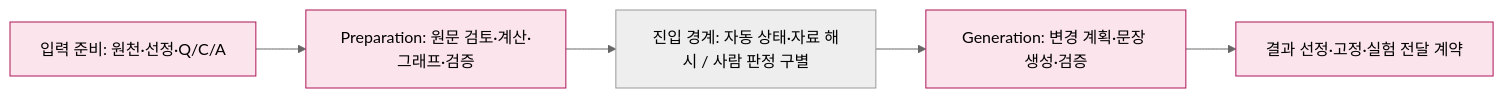
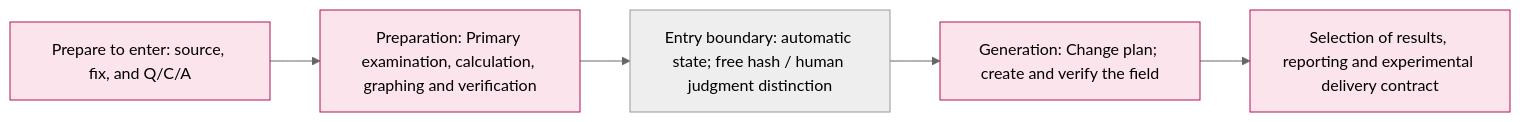
One commit to pnu-clink/finject changed the diagram in src/finarch/documentation/templates/dataset.md. Above: the diagram before and after it, drawn with Mermaid (neutral theme). The commit also changed other lines of this file and 644 other files, not shown here.

````diff
--- a/src/finarch/documentation/templates/dataset.md
+++ b/src/finarch/documentation/templates/dataset.md
@@ -9,13 +9,13 @@
 ```mermaid
 flowchart LR
- I["입력 준비: 원천·선정·Q/C/A"] --> P["Preparation: 원문 검토·계산·그래프·검증"]
- P --> B["진입 경계: 자동 상태·자료 해시 / 사람 판정 구별"]
- B --> G["Generation: 변경 계획·문장 생성·검증"]
- G --> R["결과 선정·고정·실험 전달 계약"]
+ I["Prepare to enter: source, fix, and Q/C/A"] --> P["Preparation: Primary examination, calculation, graphing and verification"]
+ P --> B["Entry boundary: automatic state; free hash / human judgment distinction"]
+ B --> G["Generation: Change plan; create and verify the field"]
+ G --> R["Selection of results, reporting and experimental delivery contract"]
  classDef detail fill:#fce4ec,stroke:#ad1457;
  class I,P,G,R detail;
- click I "00-input/README.md" "입력 상세"
- click P "01-preparation/README.md" "Preparation 상세"
- click G "02-generation/README.md" "Generation 상세"
- click R "03-release/README.md" "결과 전달 상세"
+ click I "00-input/README.md" "Enter details"
+ click P "01-preparation/README.md" "Preparation Detailed"
+ click G "02-generation/README.md" "Generation details"
+ click R "03-release/README.md" "The results are delivered in detail"
 ```
````
